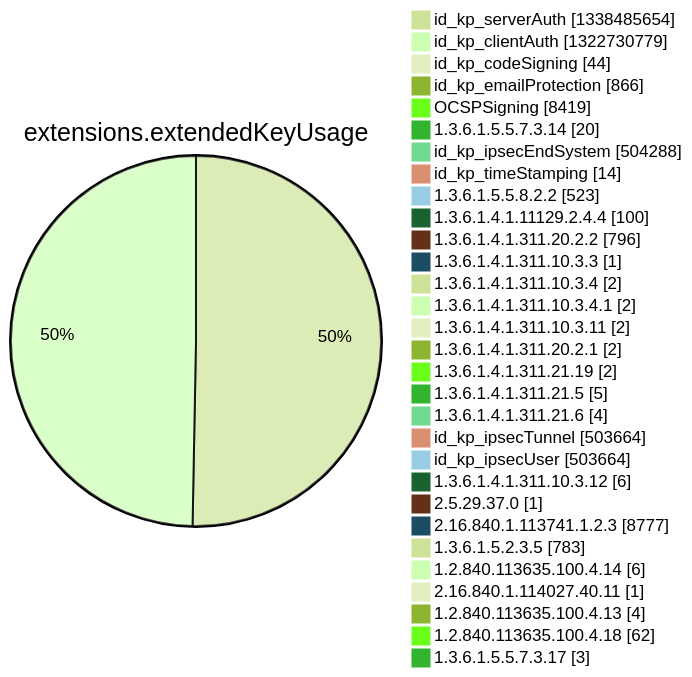
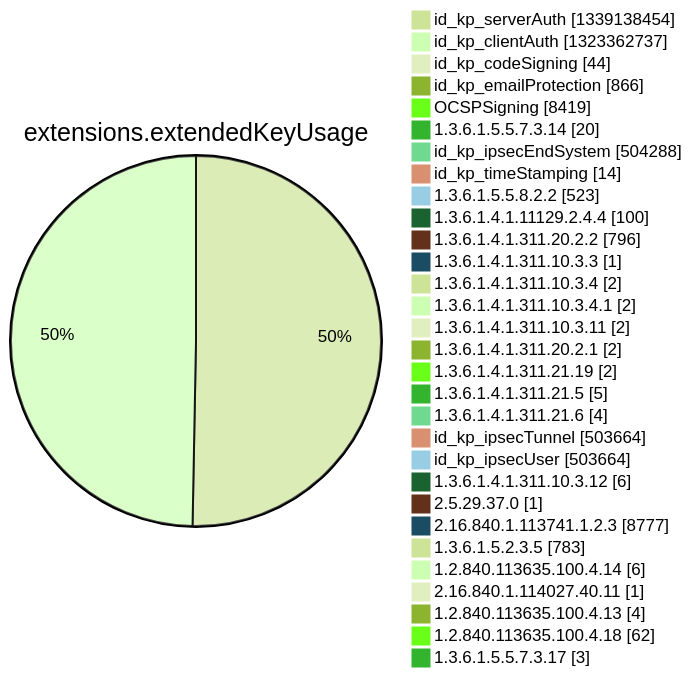
One commit to christiankrug/ctmonitor_visualization changed diagram 12 of 15 in argon2022/README.md. Above: the diagram before and after it, drawn with Mermaid (forest theme). The commit also changed other lines of this file, not shown here.

````diff
--- a/argon2022/README.md
+++ b/argon2022/README.md
@@ -3553,34 +3553,34 @@
 ```mermaid
 pie showData
 title extensions.extendedKeyUsage
-"id_kp_serverAuth" :1338485654
-"id_kp_clientAuth" :1322730779
+"id_kp_serverAuth" :1339138454
+"id_kp_clientAuth" :1323362737
 "id_kp_codeSigning" :44
 "id_kp_emailProtection" :866
 "OCSPSigning" :8419
 "1.3.6.1.5.5.7.3.14" :20
 "id_kp_ipsecEndSystem" :504288
 "id_kp_timeStamping" :14
 "1.3.6.1.5.5.8.2.2" :523
 "1.3.6.1.4.1.11129.2.4.4" :100
 "1.3.6.1.4.1.311.20.2.2" :796
 "1.3.6.1.4.1.311.10.3.3" :1
 "1.3.6.1.4.1.311.10.3.4" :2
 "1.3.6.1.4.1.311.10.3.4.1" :2
 "1.3.6.1.4.1.311.10.3.11" :2
 "1.3.6.1.4.1.311.20.2.1" :2
 "1.3.6.1.4.1.311.21.19" :2
 "1.3.6.1.4.1.311.21.5" :5
 "1.3.6.1.4.1.311.21.6" :4
 "id_kp_ipsecTunnel" :503664
 "id_kp_ipsecUser" :503664
 "1.3.6.1.4.1.311.10.3.12" :6
 "2.5.29.37.0" :1
 "2.16.840.1.113741.1.2.3" :8777
 "1.3.6.1.5.2.3.5" :783
 "1.2.840.113635.100.4.14" :6
 "2.16.840.1.114027.40.11" :1
 "1.2.840.113635.100.4.13" :4
 "1.2.840.113635.100.4.18" :62
 "1.3.6.1.5.5.7.3.17" :3
 ```
````
